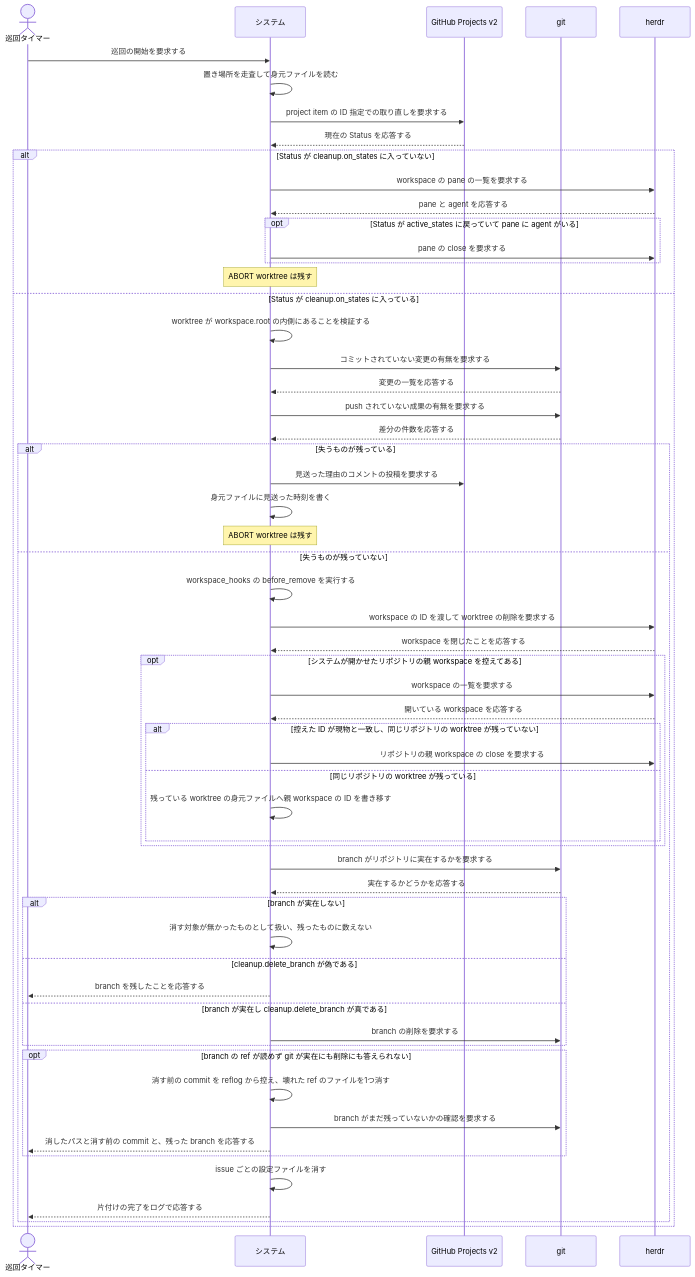
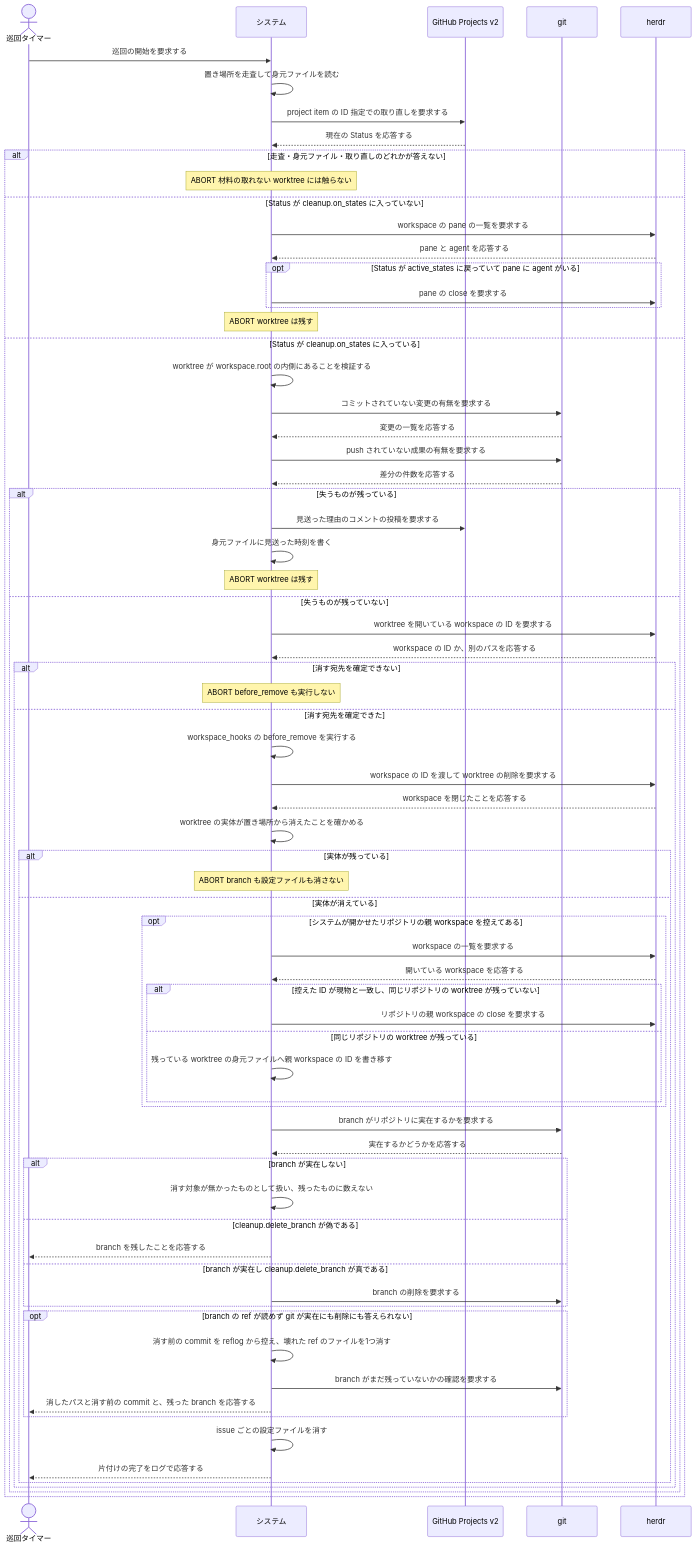
Before and after one commit to maimuzo/continuo: the second of 2 diagrams in docs/spec/usecases/particular_case/worktree と branch を片付ける.rucm.md, drawn with Mermaid. The commit also changed other lines of this file and 6 other files, not shown here.

````diff
--- a/docs/spec/usecases/particular_case/worktree と branch を片付ける.rucm.md
+++ b/docs/spec/usecases/particular_case/worktree と branch を片付ける.rucm.md
@@ -393,61 +487,74 @@
 ```mermaid
 sequenceDiagram
     actor T as 巡回タイマー
     participant S as システム
     participant GH as GitHub Projects v2
     participant G as git
     participant H as herdr
 
     T->>S: 巡回の開始を要求する
     S->>S: 置き場所を走査して身元ファイルを読む
     S->>GH: project item の ID 指定での取り直しを要求する
     GH-->>S: 現在の Status を応答する
-    alt Status が cleanup.on_states に入っていない
+    alt 走査・身元ファイル・取り直しのどれかが答えない
+        Note over S: ABORT 材料の取れない worktree には触らない
+    else Status が cleanup.on_states に入っていない
         S->>H: workspace の pane の一覧を要求する
         H-->>S: pane と agent を応答する
         opt Status が active_states に戻っていて pane に agent がいる
             S->>H: pane の close を要求する
         end
         Note over S: ABORT worktree は残す
     else Status が cleanup.on_states に入っている
         S->>S: worktree が workspace.root の内側にあることを検証する
         S->>G: コミットされていない変更の有無を要求する
         G-->>S: 変更の一覧を応答する
         S->>G: push されていない成果の有無を要求する
         G-->>S: 差分の件数を応答する
         alt 失うものが残っている
             S->>GH: 見送った理由のコメントの投稿を要求する
             S->>S: 身元ファイルに見送った時刻を書く
             Note over S: ABORT worktree は残す
         else 失うものが残っていない
-            S->>S: workspace_hooks の before_remove を実行する
-            S->>H: workspace の ID を渡して worktree の削除を要求する
-            H-->>S: workspace を閉じたことを応答する
-            opt システムが開かせたリポジトリの親 workspace を控えてある
-                S->>H: workspace の一覧を要求する
-                H-->>S: 開いている workspace を応答する
-                alt 控えた ID が現物と一致し、同じリポジトリの worktree が残っていない
-                    S->>H: リポジトリの親 workspace の close を要求する
-                else 同じリポジトリの worktree が残っている
-                    S->>S: 残っている worktree の身元ファイルへ親 workspace の ID を書き移す
+            S->>H: worktree を開いている workspace の ID を要求する
+            H-->>S: workspace の ID か、別のパスを応答する
+            alt 消す宛先を確定できない
+                Note over S: ABORT before_remove も実行しない
+            else 消す宛先を確定できた
+                S->>S: workspace_hooks の before_remove を実行する
+                S->>H: workspace の ID を渡して worktree の削除を要求する
+                H-->>S: workspace を閉じたことを応答する
+                S->>S: worktree の実体が置き場所から消えたことを確かめる
+                alt 実体が残っている
+                    Note over S: ABORT branch も設定ファイルも消さない
+                else 実体が消えている
+                    opt システムが開かせたリポジトリの親 workspace を控えてある
+                        S->>H: workspace の一覧を要求する
+                        H-->>S: 開いている workspace を応答する
+                        alt 控えた ID が現物と一致し、同じリポジトリの worktree が残っていない
+                            S->>H: リポジトリの親 workspace の close を要求する
+                        else 同じリポジトリの worktree が残っている
+                            S->>S: 残っている worktree の身元ファイルへ親 workspace の ID を書き移す
+                        end
+                    end
+                    S->>G: branch がリポジトリに実在するかを要求する
+                    G-->>S: 実在するかどうかを応答する
+                    alt branch が実在しない
+                        S->>S: 消す対象が無かったものとして扱い、残ったものに数えない
+                    else cleanup.delete_branch が偽である
+                        S-->>T: branch を残したことを応答する
+                    else branch が実在し cleanup.delete_branch が真である
+                        S->>G: branch の削除を要求する
+                    end
+                    opt branch の ref が読めず git が実在にも削除にも答えられない
+                        S->>S: 消す前の commit を reflog から控え、壊れた ref のファイルを1つ消す
+                        S->>G: branch がまだ残っていないかの確認を要求する
+                        S-->>T: 消したパスと消す前の commit と、残った branch を応答する
+                    end
+                    S->>S: issue ごとの設定ファイルを消す
+                    S-->>T: 片付けの完了をログで応答する
                 end
             end
-            S->>G: branch がリポジトリに実在するかを要求する
-            G-->>S: 実在するかどうかを応答する
-            alt branch が実在しない
-                S->>S: 消す対象が無かったものとして扱い、残ったものに数えない
-            else cleanup.delete_branch が偽である
-                S-->>T: branch を残したことを応答する
-            else branch が実在し cleanup.delete_branch が真である
-                S->>G: branch の削除を要求する
-            end
-            opt branch の ref が読めず git が実在にも削除にも答えられない
-                S->>S: 消す前の commit を reflog から控え、壊れた ref のファイルを1つ消す
-                S->>G: branch がまだ残っていないかの確認を要求する
-                S-->>T: 消したパスと消す前の commit と、残った branch を応答する
-            end
-            S->>S: issue ごとの設定ファイルを消す
-            S-->>T: 片付けの完了をログで応答する
         end
     end
 ```
````
